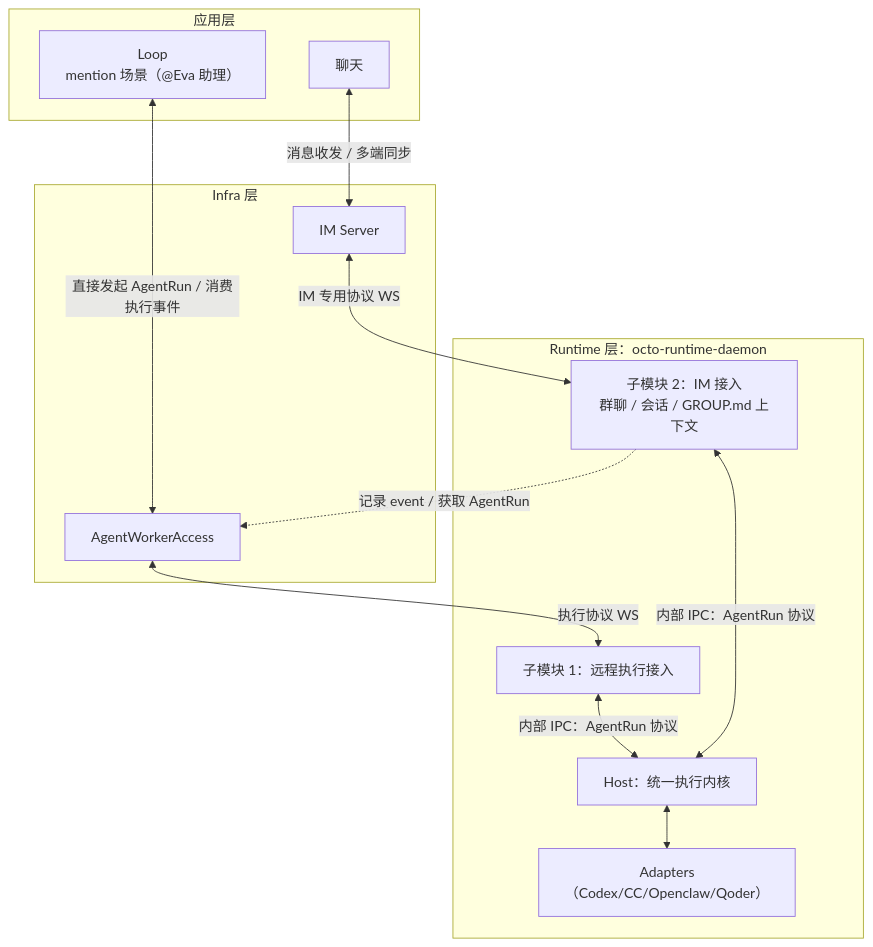
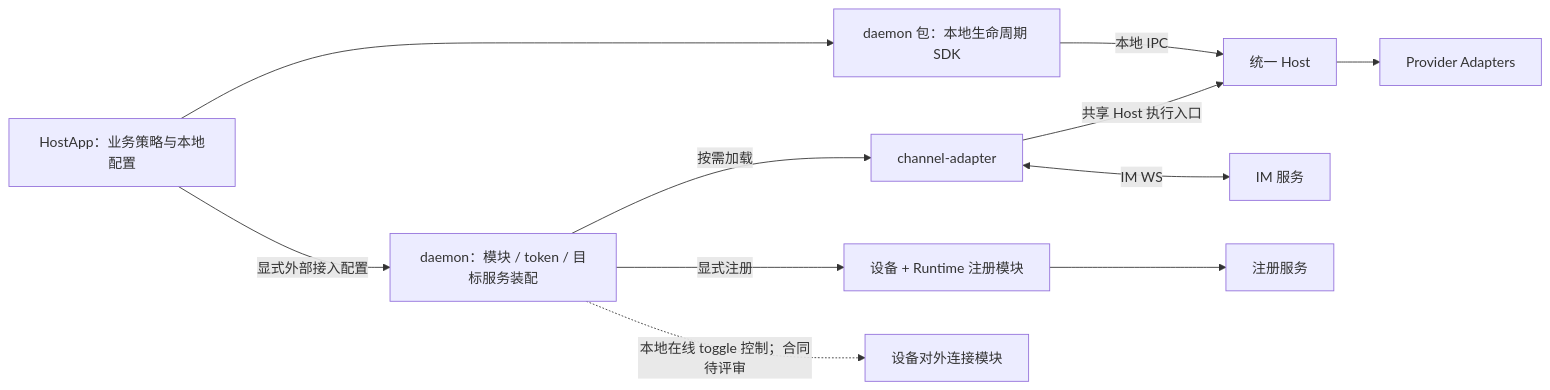
Before and after one commit to LarsonLian/octo-runtime: the diagram in README.md, drawn with Mermaid. The commit also changed other lines of this file and 115 other files, not shown here.

First line of the commit message:
refactor(runtime)!: consolidate daemon SDK and unify OpenClaw connections

````diff
--- a/README.md
+++ b/README.md
@@ -25,28 +41,13 @@
 ```mermaid
-flowchart TB
-    subgraph APPLICATION["应用层"]
-        LOOP["Loop<br/>mention 场景（@Eva 助理）"]
-        CHAT["聊天"]
-    end
-
-    subgraph INFRA["Infra 层"]
-        AW["AgentWorkerAccess"]
-        IM["IM Server"]
-    end
-
-    subgraph D["Runtime 层：octo-runtime-daemon"]
-        A["子模块 1：远程执行接入"]
-        B["子模块 2：IM 接入<br/>群聊 / 会话 / GROUP.md 上下文"]
-        H["Host：统一执行内核"]
-        AD["Adapters（Codex/CC/Openclaw/Qoder）"]
-    end
-
-    LOOP <-->|"直接发起 AgentRun / 消费执行事件"| AW
-    CHAT <-->|"消息收发 / 多端同步"| IM
-    AW <-->|"执行协议 WS"| A
-    IM <-->|"IM 专用协议 WS"| B
-    B -.->|"记录 event / 获取 AgentRun"| AW
-    A <-->|"内部 IPC：AgentRun 协议"| H
-    B <-->|"内部 IPC：AgentRun 协议"| H
-    H <--> AD
+flowchart LR
+    APP["HostApp：业务策略与本地配置"] --> SDK["daemon 包：本地生命周期 SDK"]
+    SDK -->|"本地 IPC"| HOST["统一 Host"]
+    HOST --> AD["Provider Adapters"]
+    APP -->|"显式外部接入配置"| D["daemon：模块 / token / 目标服务装配"]
+    D -->|"按需加载"| IM["channel-adapter"]
+    IM <-->|"IM WS"| SERVER["IM 服务"]
+    IM -->|"共享 Host 执行入口"| HOST
+    D -->|"显式注册"| REGISTER["设备 + Runtime 注册模块"]
+    REGISTER --> WORKER["注册服务"]
+    D -.->|"本地在线 toggle 控制；合同待评审"| DEVICE["设备对外连接模块"]
 ```
````
